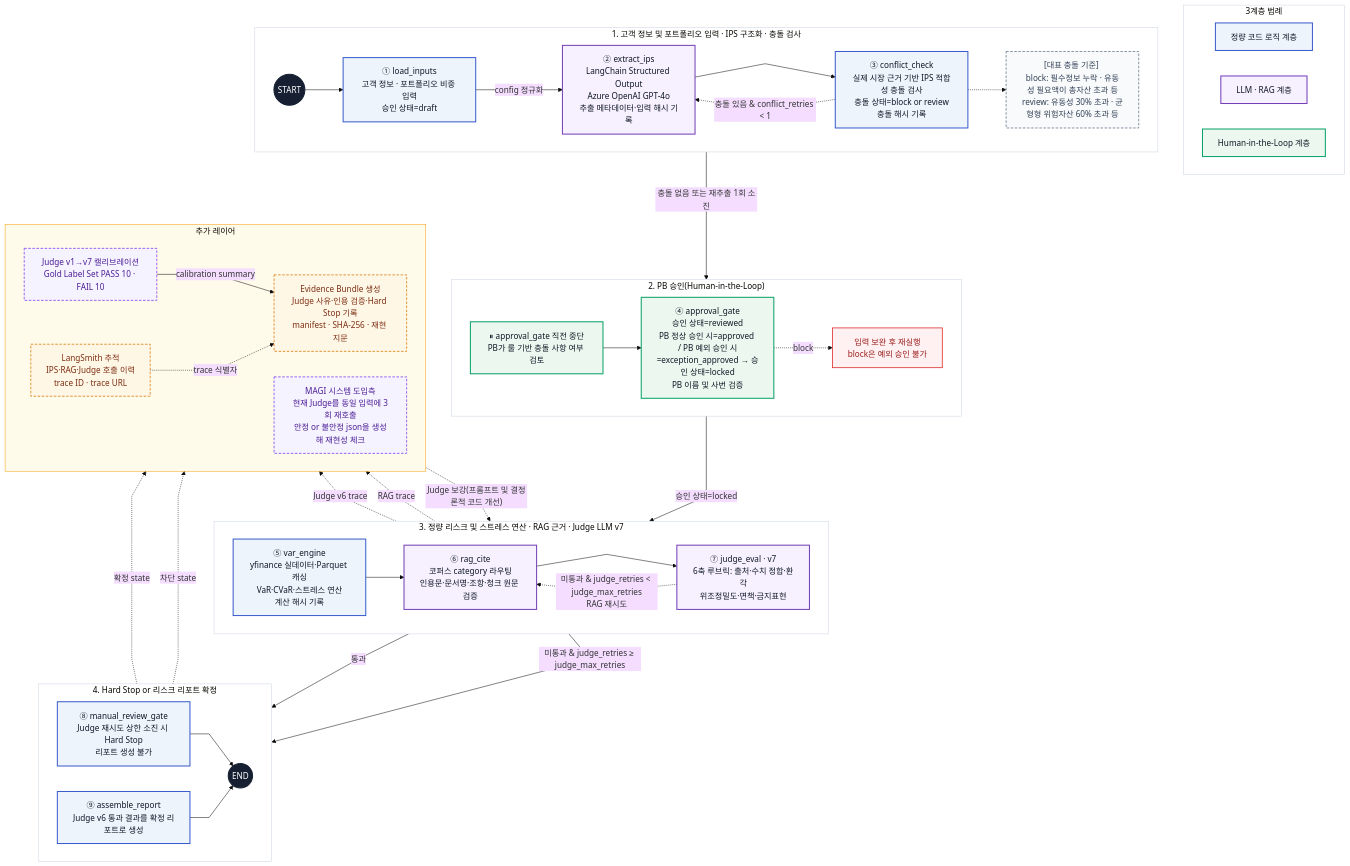
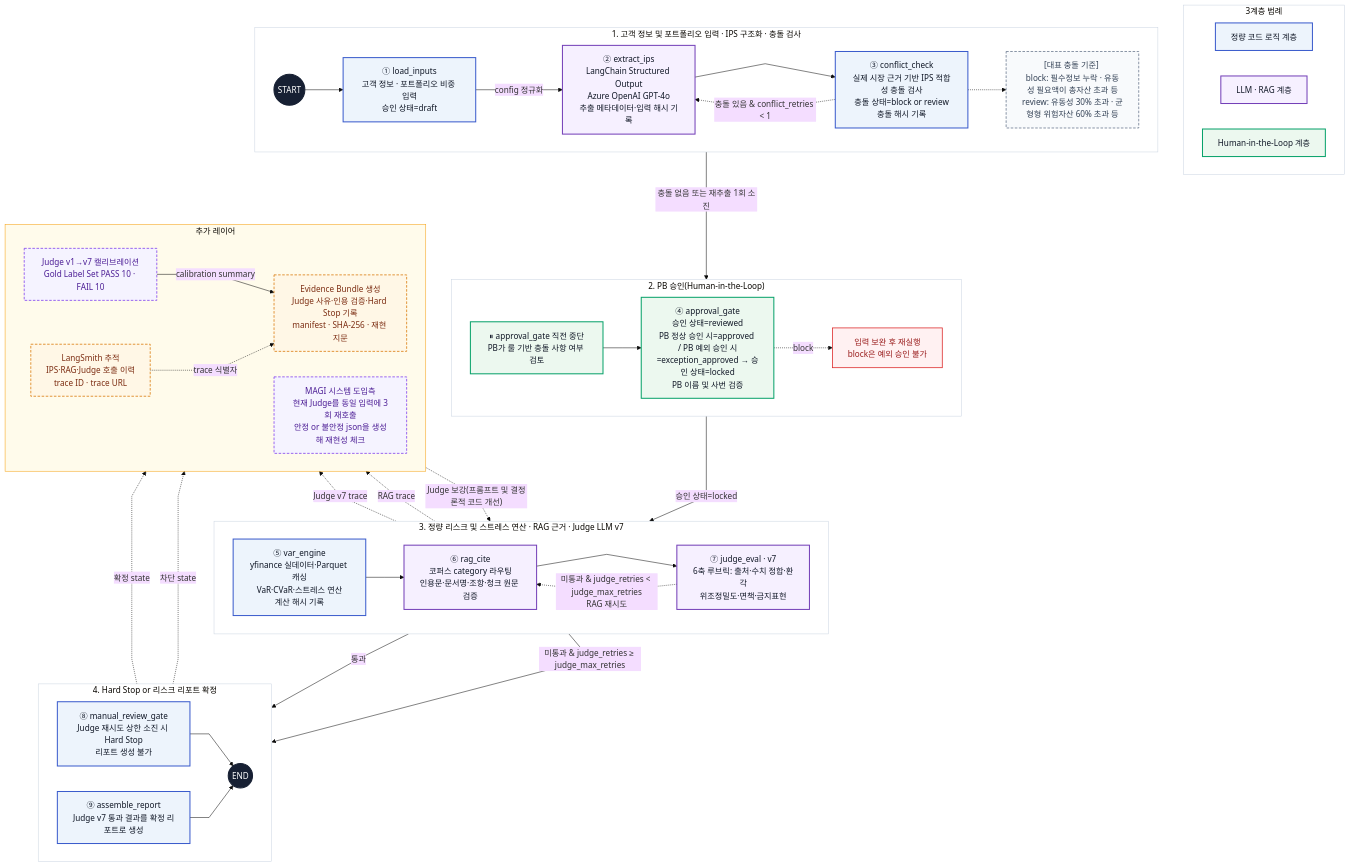
Before and after one commit to SamsungSecurities-YoungCreator-15th-4/S_Hub: the diagram in docs/mermaid.mmd, drawn with Mermaid.

Commit message:
docs: 머메이드 다이어그램의 남은 Judge v6 표기를 v7로 정정
직전 v7 반영 커밋(5e012a9)이 대부분 고쳤으나 두 곳을 놓쳤다.
assemble_report(N9) 라벨은 어느 버전이 통과시켰든 동일하게 동작하는
설명이라 현재 버전을 따라가야 했고, N7→TRACE 엣지는 N7 자신이 바로
위에서 "v7"로 라벨링돼 있어 같은 노드가 자기 라벨과 자기 출력 엣지에서
서로 다른 버전을 말하는 내부 모순이었다.

```diff
--- a/docs/mermaid.mmd
+++ b/docs/mermaid.mmd
@@ -1,113 +1,113 @@
 %%{init: {"theme": "base", "flowchart": {"htmlLabels": true, "curve": "linear"}}}%%
 %% S.ymphony Mermaid 아키텍처
 %% 실제 LangGraph 노드 9개 · 실행 단계 4개 · 아키텍처 계층 3개 · 조건부 루프 2개 · HITL 1개
 %% MAGI·Evidence Bundle·LangSmith는 그래프 밖 감사·관측 레이어이며 런타임 판정을 바꾸지 않음
 flowchart TB
 
     %% 실행 흐름과 분리된 아키텍처 계층 범례
     subgraph LEGEND["3계층 범례"]
         direction LR
         KEY_DET["정량 코드 로직 계층"]
         KEY_LLM["LLM · RAG 계층"]
         KEY_HITL["Human-in-the-Loop 계층"]
     end
 
     %% 1단계: 고객 정보 및 포트폴리오 입력, IPS 구조화, 충돌 검사
     subgraph STEP1["1. 고객 정보 및 포트폴리오 입력 · IPS 구조화 · 충돌 검사"]
         direction LR
         START((START))
         N1["① load_inputs<br/>고객 정보 · 포트폴리오 비중 입력<br/>승인 상태=draft"]
         N2["② extract_ips<br/>LangChain Structured Output<br/>Azure OpenAI GPT-4o<br/>추출 메타데이터·입력 해시 기록"]
         N3["③ conflict_check<br/>실제 시장 근거 기반 IPS 적합성 충돌 검사<br/>충돌 상태=block or review<br/>충돌 해시 기록"]
         CONFLICT["[대표 충돌 기준] <br/>block: 필수정보 누락 · 유동성 필요액이 총자산 초과 등<br/>review: 유동성 30% 초과 · 균형형 위험자산 60% 초과 등"]
 
         START --> N1
         N1 -->|"config 정규화"| N2
         N2 --> N3
         N3 -. "충돌 있음 & conflict_retries < 1" .-> N2
         N3 -.-> CONFLICT
     end
 
     %% 2단계: PB 승인(Human-in-the-Loop)
     subgraph STEP2["2. PB 승인(Human-in-the-Loop)"]
         direction LR
         PAUSE["⏸ approval_gate 직전 중단<br/>PB가 룰 기반 충돌 사항 여부 검토"]
         N4["④ approval_gate<br/>승인 상태=reviewed<br/>PB 정상 승인 시=approved / PB 예외 승인 시=exception_approved → 승인 상태=locked<br/>PB 이름 및 사번 검증"]
         STOP["입력 보완 후 재실행<br/>block은 예외 승인 불가"]
 
         PAUSE --> N4
         N4 -. "block" .-> STOP
     end
 
     %% 3단계: 정량 리스크 엔진, XAI, Judge v7 검증 및 추적
     subgraph STEP3["3. 정량 리스크 및 스트레스 연산 · RAG 근거 · Judge LLM v7"]
         direction LR
         N5["⑤ var_engine<br/>yfinance 실데이터·Parquet 캐싱<br/>VaR·CVaR·스트레스 연산<br/>계산 해시 기록"]
         N6["⑥ rag_cite<br/>코퍼스 category 라우팅<br/>인용문·문서명·조항·청크 원문 검증"]
         N7["⑦ judge_eval · v7<br/>6축 루브릭: 출처·수치 정합·환각<br/>위조정밀도·면책·금지표현"]
 
         N5 --> N6
         N6 --> N7
         N7 -. "미통과 & judge_retries < judge_max_retries<br/>RAG 재시도" .-> N6
     end
 
     %% 4단계: Hard Stop 또는 최종 리스크 리포트 확정
     subgraph STEP4["4. Hard Stop or 리스크 리포트 확정"]
         direction LR
         N8["⑧ manual_review_gate<br/>Judge 재시도 상한 소진 시 Hard Stop<br/>리포트 생성 불가"]
-        N9["⑨ assemble_report<br/>Judge v6 통과 결과를 확정 리포트로 생성"]
+        N9["⑨ assemble_report<br/>Judge v7 통과 결과를 확정 리포트로 생성"]
         END((END))
 
         N8 --> END
         N9 --> END
     end
 
     %% 단계 간 기본 실행 경로
     N3 -->|"충돌 없음 또는 재추출 1회 소진"| PAUSE
     N4 -->|"승인 상태=locked"| N5
     N7 -->|"미통과 & judge_retries ≥ judge_max_retries"| N8
     N7 -->|"통과"| N9
 
     %% 그래프 외 감사·관측 레이어: 런타임 판정과 분리
     subgraph PROOF["추가 레이어"]
         direction LR
         CAL["Judge v1→v7 캘리브레이션<br/>Gold Label Set PASS 10 · FAIL 10"]
         TRACE["LangSmith 추적<br/>IPS·RAG·Judge 호출 이력<br/>trace ID · trace URL"]
         BUNDLE["Evidence Bundle 생성<br/>Judge 사유·인용 검증·Hard Stop 기록<br/>manifest · SHA-256 · 재현 지문"]
         MAGI["MAGI 시스템 도입측<br/>현재 Judge를 동일 입력에 3회 재호출<br/>안정 or 불안정 json을 생성해 재현성 체크"]
 
         CAL -->|"calibration summary"| BUNDLE
     end
 
     CAL -. "Judge 보강(프롬프트 및 결정론적 코드 개선)" .-> N7
     N6 -. "RAG trace" .-> TRACE
-    N7 -. "Judge v6 trace" .-> TRACE
+    N7 -. "Judge v7 trace" .-> TRACE
     N8 -. "차단 state" .-> BUNDLE
     N9 -. "확정 state" .-> BUNDLE
     TRACE -. "trace 식별자" .-> BUNDLE
 
     %% 3계층은 실행 순서를 유지한 채 노드 색상으로 구분
     classDef deterministic fill:#EDF4FC,stroke:#3B5CCC,color:#111827,stroke-width:2px;
     classDef llmNode fill:#F6F0FF,stroke:#7440B8,color:#111827,stroke-width:2px;
     classDef hitlNode fill:#ECF8EF,stroke:#08A26A,color:#111827,stroke-width:2px;
     classDef terminal fill:#172033,stroke:#172033,color:#FFFFFF,stroke-width:2px;
     classDef stop fill:#FFF1F2,stroke:#DC2626,color:#991B1B,stroke-width:1.5px;
     classDef audit fill:#FFF7E6,stroke:#D97706,color:#7C2D12,stroke-width:1.5px,stroke-dasharray:5 3;
     classDef stability fill:#F5F3FF,stroke:#7C3AED,color:#4C1D95,stroke-width:1.5px,stroke-dasharray:5 3;
     classDef note fill:#F8FAFC,stroke:#64748B,color:#334155,stroke-width:1.5px,stroke-dasharray:5 3;
 
     class KEY_DET,N1,N3,N5,N8,N9 deterministic;
     class KEY_LLM,N2,N6,N7 llmNode;
     class KEY_HITL,PAUSE,N4 hitlNode;
     class START,END terminal;
     class STOP stop;
     class TRACE,BUNDLE audit;
     class CAL,MAGI stability;
     class CONFLICT note;
 
     style LEGEND fill:#FFFFFF,stroke:#CBD5E1,stroke-width:1px
     style STEP1 fill:#FFFFFF,stroke:#CBD5E1,stroke-width:1px
     style STEP2 fill:#FFFFFF,stroke:#CBD5E1,stroke-width:1px
     style STEP3 fill:#FFFFFF,stroke:#CBD5E1,stroke-width:1px
     style STEP4 fill:#FFFFFF,stroke:#CBD5E1,stroke-width:1px
     style PROOF fill:#FFFBEB,stroke:#F59E0B,stroke-width:1px
```
